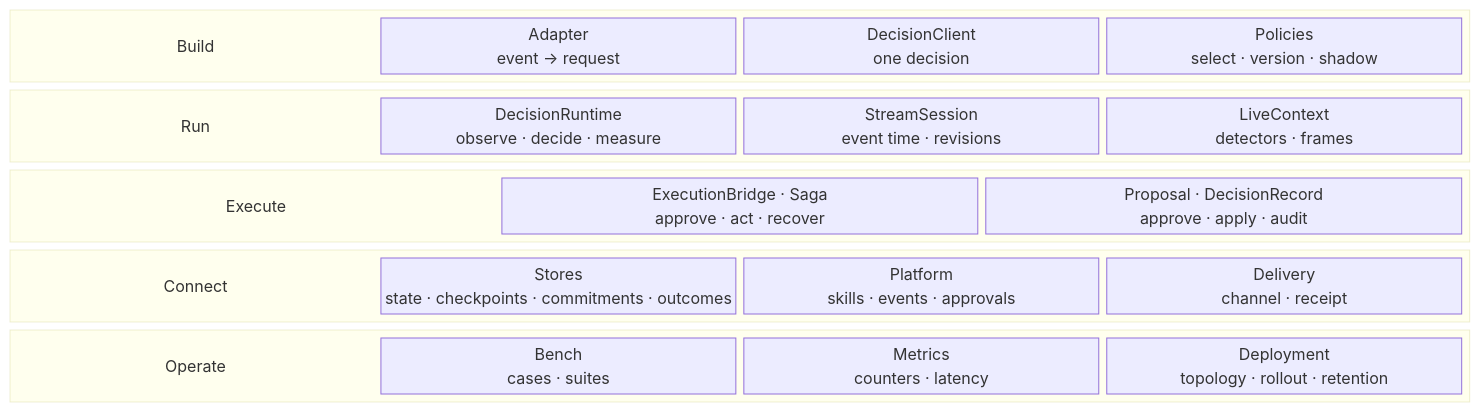
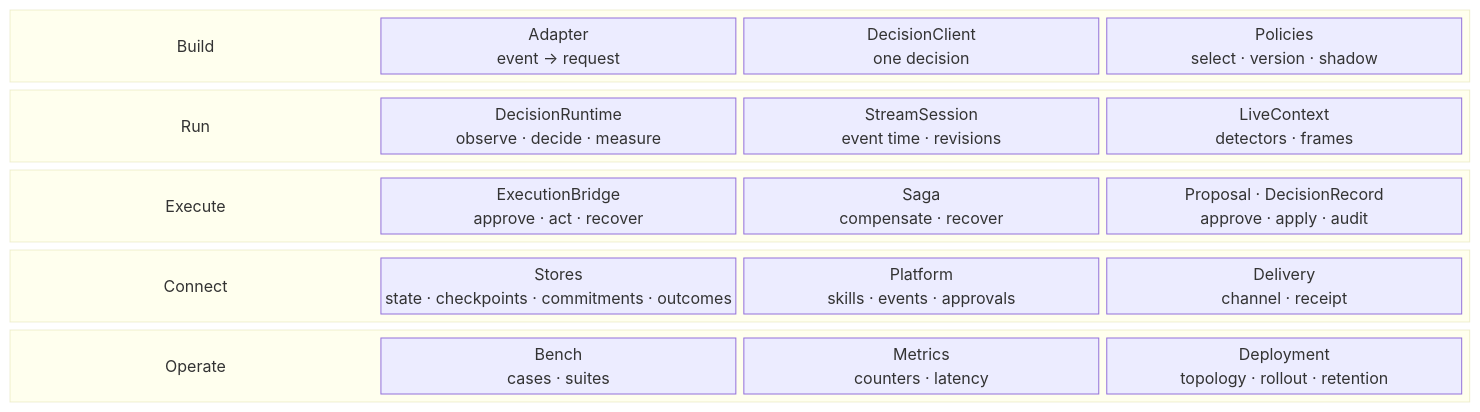
The diagram in docs/03-appkit/README.md (michaelatamuk/laix), drawn with Mermaid before and after one commit. The commit also changed other lines of this file and 14 other files, not shown here.

Commit message:
docs: fix diagram accuracy and symmetric block layouts (#27)

````diff
--- a/docs/03-appkit/README.md
+++ b/docs/03-appkit/README.md
@@ -19,49 +19,50 @@
 ```mermaid
 block-beta
     columns 1
 
     block:build
         columns 4
         build_label["Build"]
         adapter["Adapter<br/>event → request"]
         layer["DecisionClient<br/>one decision"]
         policies["Policies<br/>select · version · shadow"]
     end
 
     block:run
         columns 4
         run_label["Run"]
         runtime["DecisionRuntime<br/>observe · decide · measure"]
         stream["StreamSession<br/>event time · revisions"]
         live["LiveContext<br/>detectors · frames"]
     end
 
     block:execute
-        columns 3
+        columns 4
         execute_label["Execute"]
-        execution["ExecutionBridge · Saga<br/>approve · act · recover"]
+        execution["ExecutionBridge<br/>approve · act · recover"]
+        saga["Saga<br/>compensate · recover"]
         records["Proposal · DecisionRecord<br/>approve · apply · audit"]
     end
 
     block:connect
         columns 4
         connect_label["Connect"]
         stores["Stores<br/>state · checkpoints · commitments · outcomes"]
         platform["Platform<br/>skills · events · approvals"]
         delivery["Delivery<br/>channel · receipt"]
     end
 
     block:operate
         columns 4
         operate_label["Operate"]
         bench["Bench<br/>cases · suites"]
         metrics["Metrics<br/>counters · latency"]
         deploy["Deployment<br/>topology · rollout · retention"]
     end
 
-    style build_label fill:transparent,stroke:transparent,font-size:22px,font-weight:bold
+    style build_label fill:transparent,stroke:transparent,font-size:14px,font-weight:bold
     style run_label fill:transparent,stroke:transparent,font-size:14px,font-weight:bold
     style execute_label fill:transparent,stroke:transparent,font-size:14px,font-weight:bold
     style connect_label fill:transparent,stroke:transparent,font-size:14px,font-weight:bold
     style operate_label fill:transparent,stroke:transparent,font-size:14px,font-weight:bold
 ```
````
